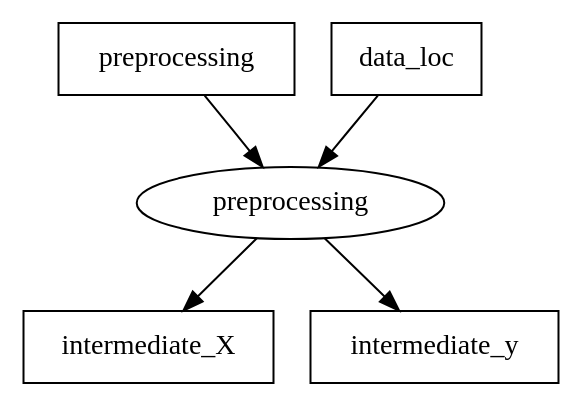
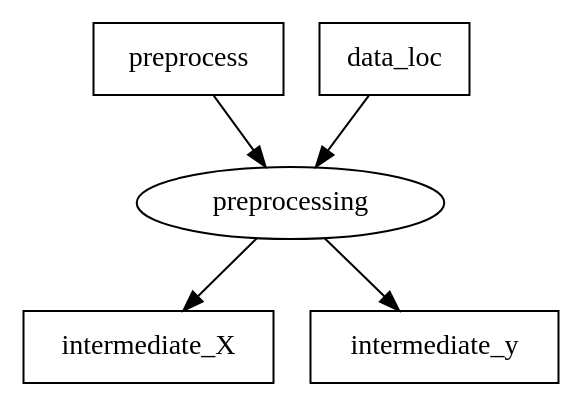
The diagram in src/risecamp_demo_out_cache.d/second_preproc/output.gv (ucbrise/flor-camp2018), drawn with Graphviz before and after one commit. The commit also changed 20 other files, not shown here.

```diff
--- a/src/risecamp_demo_out_cache.d/second_preproc/output.gv
+++ b/src/risecamp_demo_out_cache.d/second_preproc/output.gv
@@ -1,11 +1,11 @@
 digraph source {
-	 3 [label="preprocessing" shape=box]
+	 3 [label="preprocess" shape=box]
 	 4 [label="data_loc" shape=box]
 	 2 [label="preprocessing" shape=ellipse]
 	 0 [label="intermediate_X" shape=box]
 	 1 [label="intermediate_y" shape=box]
 	3 -> 2
 	4 -> 2
 	2 -> 0
 	2 -> 1
 }
```
